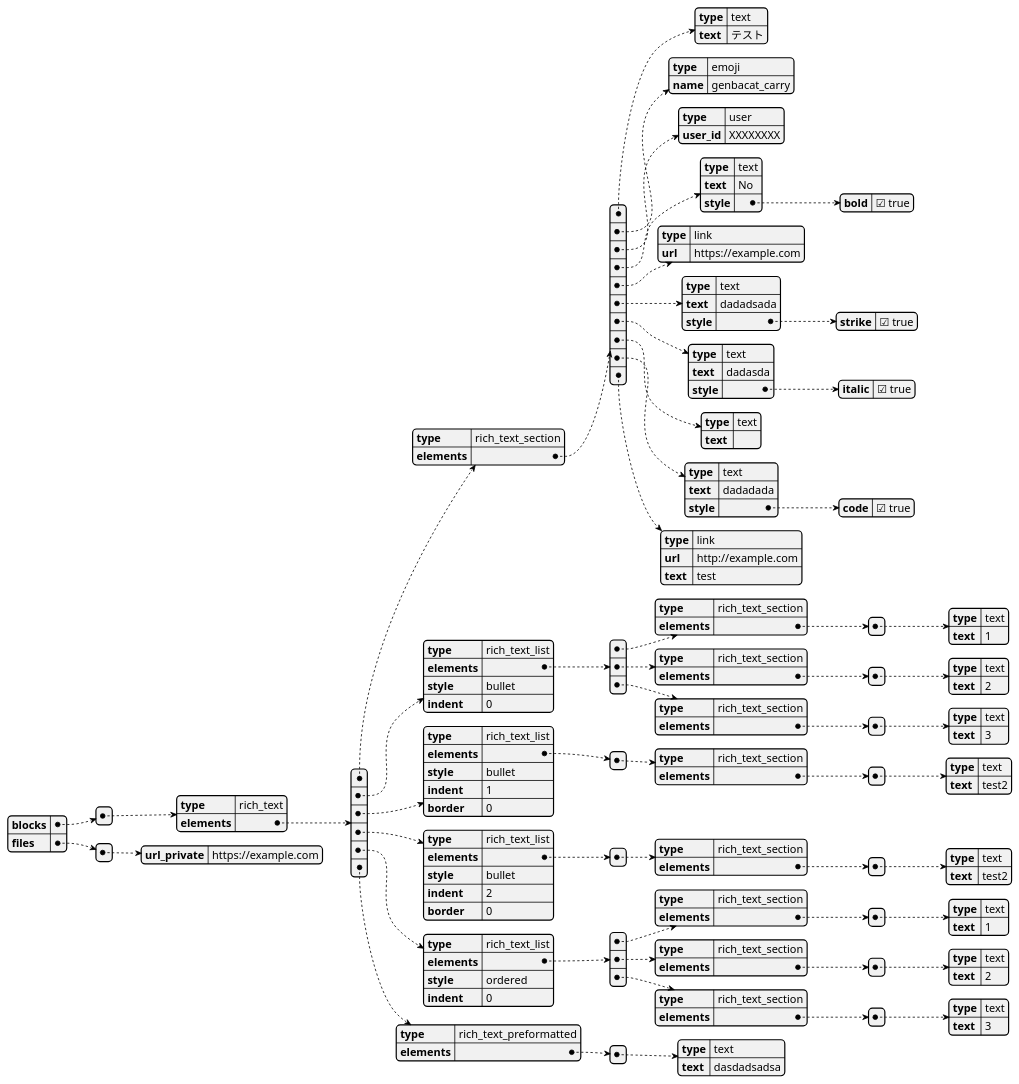
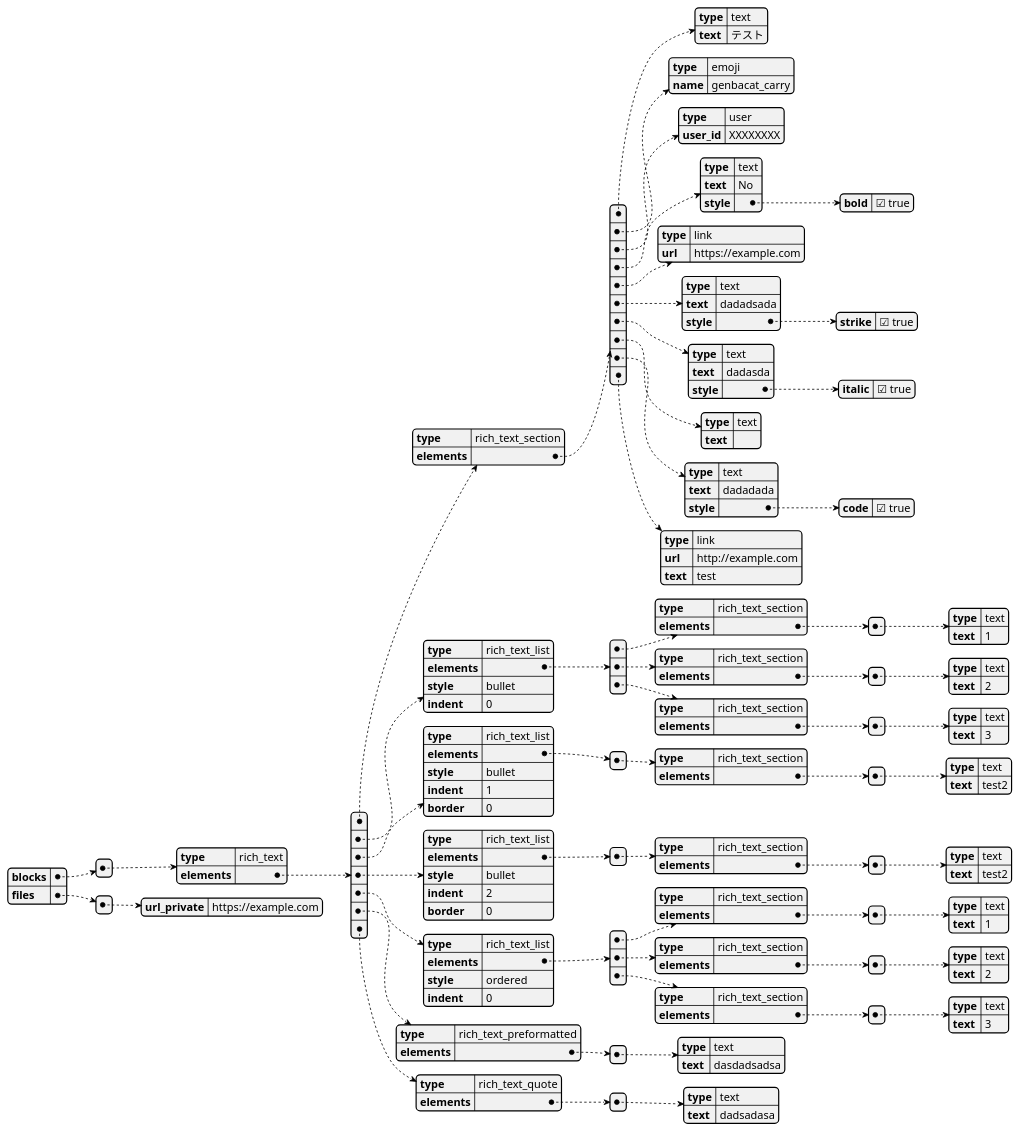
Before and after one commit to A-yum3/slack-pdf-bot: the diagram in doc/message_pattern.puml, drawn with PlantUML. The commit also changed 12 other files, not shown here.

```diff
--- a/doc/message_pattern.puml
+++ b/doc/message_pattern.puml
@@ -1,187 +1,196 @@
 @startjson
 
 {
   "blocks": [
     {
       "type": "rich_text",
       "elements": [
         {
           "type": "rich_text_section",
           "elements": [
             {
               "type": "text",
               "text": "テスト"
             },
             {
               "type": "emoji",
               "name": "genbacat_carry"
             },
             {
               "type": "user",
               "user_id": "XXXXXXXX"
             },
             {
               "type": "text",
               "text": "No",
               "style": {
                 "bold": true
               }
             },
             {
               "type": "link",
               "url": "https://example.com"
             },
             {
               "type": "text",
               "text": "dadadsada",
               "style": {
                 "strike": true
               }
             },
             {
               "type": "text",
               "text": "dadasda",
               "style":{
                 "italic": true
               }
             },
             {
               "type": "text",
               "text": "\n"
             },
             {
               "type": "text",
               "text": "dadadada",
               "style": {
                 "code": true
               }
             },
             {
                 "type": "link",
                 "url": "http://example.com",
                 "text": "test"
             }
           ]
         },
         {
           "type": "rich_text_list",
           "elements": [
             {
               "type": "rich_text_section",
               "elements": [
                 {
                   "type": "text",
                   "text": "1"
                 }
               ]
             },
             {
               "type": "rich_text_section",
               "elements": [
                 {
                   "type": "text",
                   "text": "2"
                 }
               ]
             },
             {
               "type": "rich_text_section",
               "elements": [
                 {
                   "type": "text",
                   "text": "3"
                 }
               ]
             }
           ],
           "style": "bullet",
           "indent": 0
         },
         {
             "type": "rich_text_list",
             "elements": [
                 {
                     "type": "rich_text_section",
                     "elements": [
                         {
                             "type": "text",
                             "text": "test2"
                         }
                     ]
                 }
             ],
             "style": "bullet",
             "indent": 1,
             "border": 0
         },
         {
             "type": "rich_text_list",
             "elements": [
                 {
                     "type": "rich_text_section",
                     "elements": [
                         {
                             "type": "text",
                             "text": "test2"
                         }
                     ]
                 }
             ],
             "style": "bullet",
             "indent": 2,
             "border": 0
         },
         {
           "type": "rich_text_list",
           "elements": [
             {
               "type": "rich_text_section",
               "elements": [
                 {
                   "type": "text",
                   "text": "1"
                 }
               ]
             },
             {
               "type": "rich_text_section",
               "elements": [
                 {
                   "type": "text",
                   "text": "2"
                 }
               ]
             },
             {
               "type": "rich_text_section",
               "elements": [
                 {
                   "type": "text",
                   "text": "3"
                 }
               ]
             }
           ],
           "style": "ordered",
           "indent": 0
         },
         {
           "type": "rich_text_preformatted",
           "elements": [
             {
               "type": "text",
               "text": "dasdadsadsa"
             }
           ]
+        },
+        {
+            "type": "rich_text_quote",
+            "elements": [
+                {
+                    "type": "text",
+                    "text": "dadsadasa"
+                }
+            ]
         }
       ]
     }
   ],
   "files": [
     {
       "url_private": "https://example.com"
     }
   ]
 }
 
 @endjson
```
